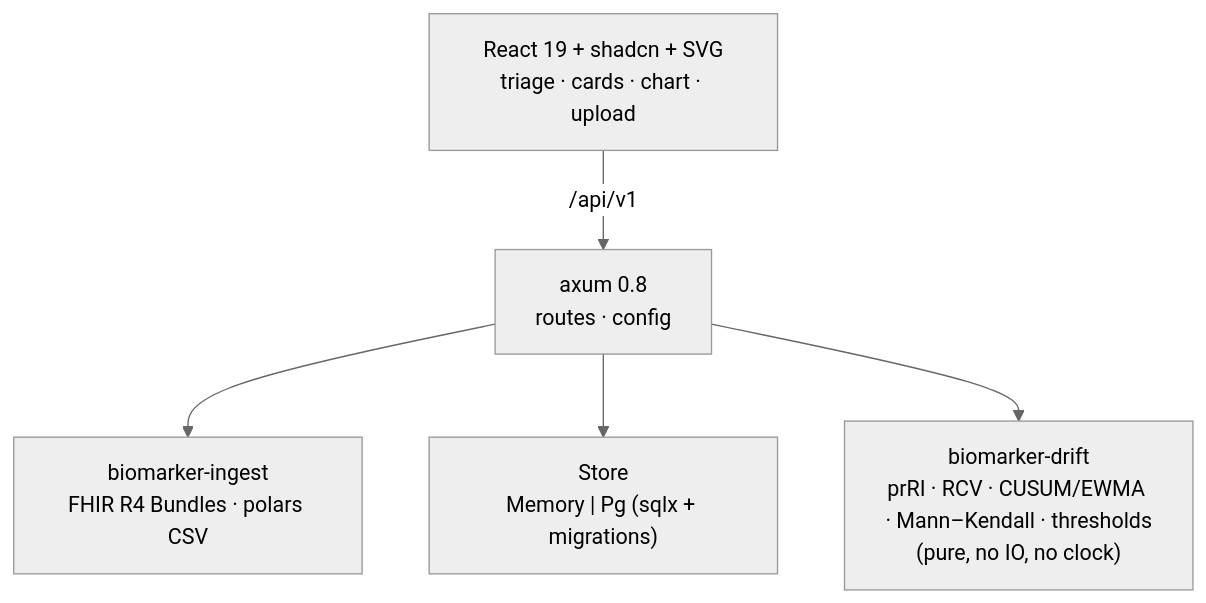
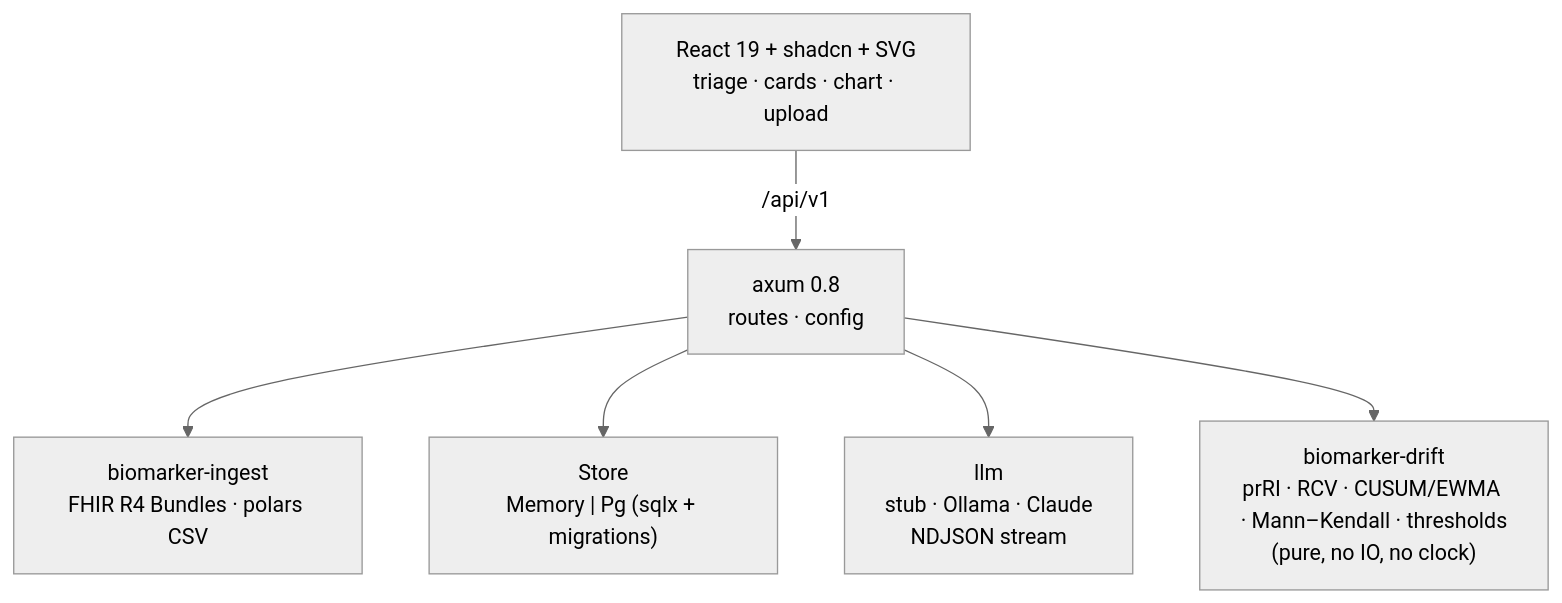
One commit to akarales/biomarker-trend-analyzer changed the diagram in README.md. Above: the diagram before and after it, drawn with Mermaid (neutral theme). The commit also changed other lines of this file and 49 other files, not shown here.

````diff
--- a/README.md
+++ b/README.md
@@ -60,7 +64,8 @@
 ```mermaid
 flowchart TD
     FE["React 19 + shadcn + SVG<br/>triage · cards · chart · upload"] -->|"/api/v1"| API["axum 0.8<br/>routes · config"]
     API --> ING["biomarker-ingest<br/>FHIR R4 Bundles · polars CSV"]
     API --> ST["Store<br/>Memory | Pg (sqlx + migrations)"]
+    API --> LLM["llm<br/>stub · Ollama · Claude<br/>NDJSON stream"]
     API --> DRIFT["biomarker-drift<br/>prRI · RCV · CUSUM/EWMA · Mann–Kendall · thresholds<br/>(pure, no IO, no clock)"]
 ```
````
